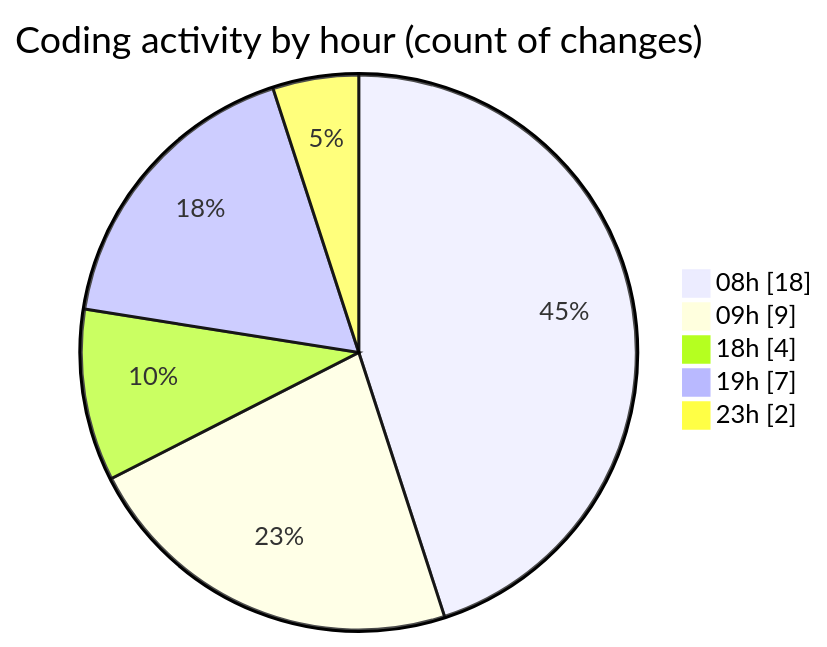
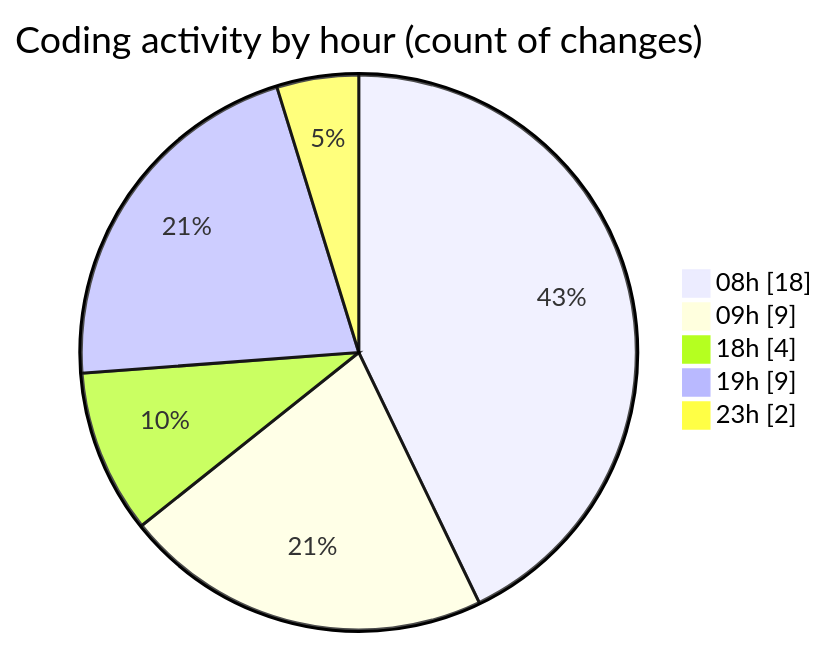
Before and after one commit to Elitesun/code-tracking: the second of 2 diagrams in 2025-05-05/niten/README.md, drawn with Mermaid. The commit also changed other lines of this file and 1 other file, not shown here.

````diff
--- a/2025-05-05/niten/README.md
+++ b/2025-05-05/niten/README.md
@@ -43,9 +44,9 @@
 ```mermaid
 pie showData
 title Coding activity by hour (count of changes)
 "08h" : 18
 "09h" : 9
 "18h" : 4
-"19h" : 7
+"19h" : 9
 "23h" : 2
 ```
````
